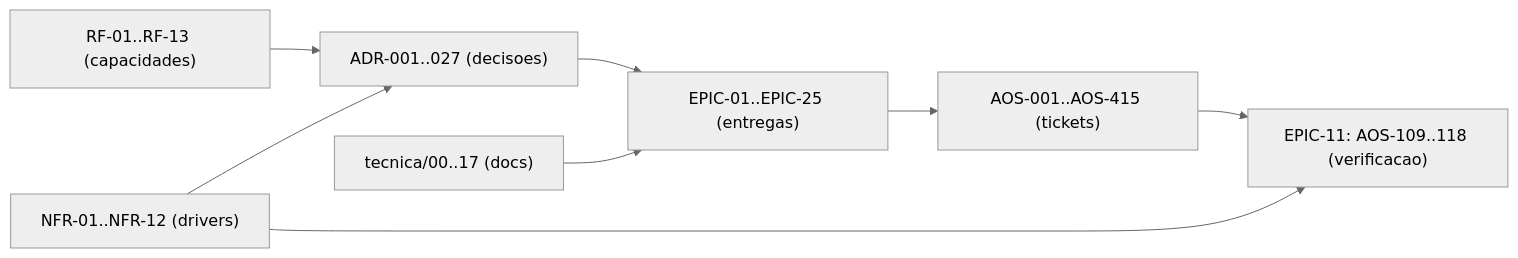
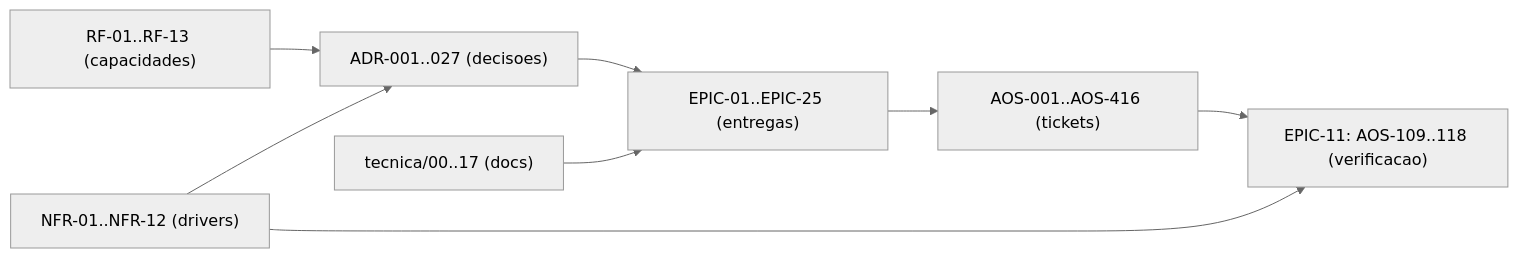
One commit to albinoJimy/aos changed the diagram in tecnica/16_Rastreabilidade_RTM.md. Above: the diagram before and after it, drawn with Mermaid (neutral theme). The commit also changed other lines of this file and 1 other file, not shown here.

````diff
--- a/tecnica/16_Rastreabilidade_RTM.md
+++ b/tecnica/16_Rastreabilidade_RTM.md
@@ -186,10 +186,10 @@
 ```mermaid
 flowchart LR
     RF["RF-01..RF-13 (capacidades)"] --> ADR["ADR-001..027 (decisoes)"]
     NFR["NFR-01..NFR-12 (drivers)"] --> ADR
     ADR --> EPIC["EPIC-01..EPIC-25 (entregas)"]
-    EPIC --> TICK["AOS-001..AOS-415 (tickets)"]
+    EPIC --> TICK["AOS-001..AOS-416 (tickets)"]
     DOC["tecnica/00..17 (docs)"] --> EPIC
     TICK --> TEST["EPIC-11: AOS-109..118 (verificacao)"]
     NFR --> TEST
 ```
````
